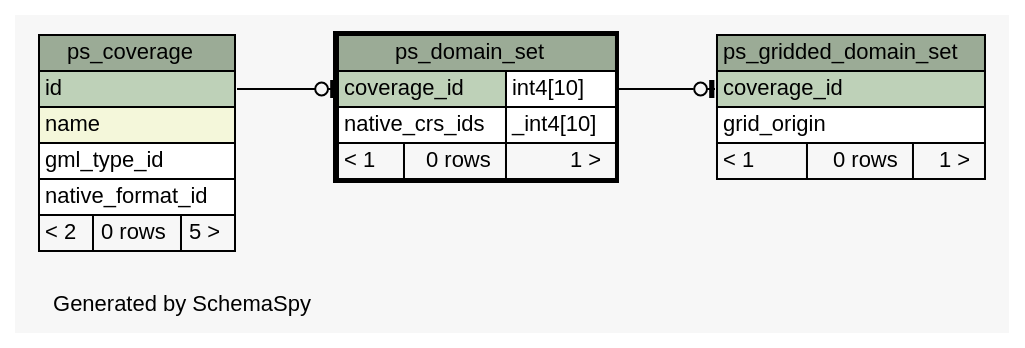
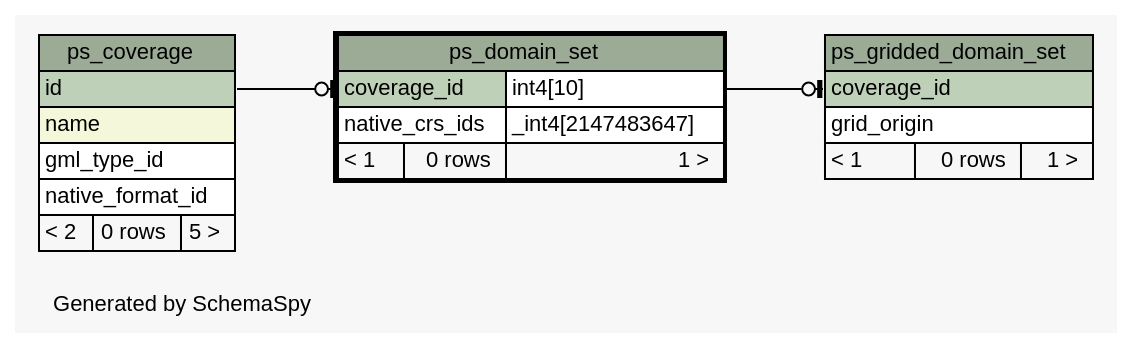
One commit to kalxas/rasdaman changed the diagram in manuals_and_examples/manuals/doc-petascope/dbschema/schema/diagrams/ps_domain_set.1degree.dot. Above: the diagram before and after it, drawn with Graphviz. The commit also changed 85 other files, not shown here.

Commit message:
ticket:573 - Update SchemaSpy graphical database schema of petascopedb to include new table for NILs.

```diff
--- a/manuals_and_examples/manuals/doc-petascope/dbschema/schema/diagrams/ps_domain_set.1degree.dot
+++ b/manuals_and_examples/manuals/doc-petascope/dbschema/schema/diagrams/ps_domain_set.1degree.dot
@@ -1,59 +1,59 @@
 // dot 2.26.3 on Linux 3.2.0-58-generic
 // SchemaSpy rev 590
 digraph "oneDegreeRelationshipsDiagram" {
   graph [
     rankdir="RL"
     bgcolor="#f7f7f7"
     label="\nGenerated by SchemaSpy"
     labeljust="l"
     nodesep="0.18"
     ranksep="0.46"
     fontname="Helvetica"
     fontsize="11"
   ];
   node [
     fontname="Helvetica"
     fontsize="11"
     shape="plaintext"
   ];
   edge [
     arrowsize="0.8"
   ];
   "ps_domain_set":"coverage_id":w -> "ps_coverage":"id":e [arrowhead=none dir=back arrowtail=teeodot];
   "ps_gridded_domain_set":"coverage_id":w -> "ps_domain_set":"coverage_id.type":e [arrowhead=none dir=back arrowtail=teeodot];
   "ps_coverage" [
     label=<
     <TABLE BORDER="0" CELLBORDER="1" CELLSPACING="0" BGCOLOR="#ffffff">
       <TR><TD COLSPAN="3" BGCOLOR="#9bab96" ALIGN="CENTER">ps_coverage</TD></TR>
       <TR><TD PORT="id" COLSPAN="3" BGCOLOR="#bed1b8" ALIGN="LEFT">id</TD></TR>
       <TR><TD PORT="name" COLSPAN="3" BGCOLOR="#f4f7da" ALIGN="LEFT">name</TD></TR>
       <TR><TD PORT="gml_type_id" COLSPAN="3" ALIGN="LEFT">gml_type_id</TD></TR>
       <TR><TD PORT="native_format_id" COLSPAN="3" ALIGN="LEFT">native_format_id</TD></TR>
       <TR><TD ALIGN="LEFT" BGCOLOR="#f7f7f7">&lt; 2</TD><TD ALIGN="RIGHT" BGCOLOR="#f7f7f7">0 rows</TD><TD ALIGN="RIGHT" BGCOLOR="#f7f7f7">5 &gt;</TD></TR>
     </TABLE>>
     URL="ps_coverage.html"
     tooltip="ps_coverage"
   ];
   "ps_domain_set" [
     label=<
     <TABLE BORDER="2" CELLBORDER="1" CELLSPACING="0" BGCOLOR="#ffffff">
       <TR><TD COLSPAN="3" BGCOLOR="#9bab96" ALIGN="CENTER">ps_domain_set</TD></TR>
       <TR><TD PORT="coverage_id" COLSPAN="2" BGCOLOR="#bed1b8" ALIGN="LEFT">coverage_id</TD><TD PORT="coverage_id.type" ALIGN="LEFT">int4[10]</TD></TR>
-      <TR><TD PORT="native_crs_ids" COLSPAN="2" ALIGN="LEFT">native_crs_ids</TD><TD PORT="native_crs_ids.type" ALIGN="LEFT">_int4[10]</TD></TR>
+      <TR><TD PORT="native_crs_ids" COLSPAN="2" ALIGN="LEFT">native_crs_ids</TD><TD PORT="native_crs_ids.type" ALIGN="LEFT">_int4[2147483647]</TD></TR>
       <TR><TD ALIGN="LEFT" BGCOLOR="#f7f7f7">&lt; 1</TD><TD ALIGN="RIGHT" BGCOLOR="#f7f7f7">0 rows</TD><TD ALIGN="RIGHT" BGCOLOR="#f7f7f7">1 &gt;</TD></TR>
     </TABLE>>
     URL="ps_domain_set.html"
     tooltip="ps_domain_set"
   ];
   "ps_gridded_domain_set" [
     label=<
     <TABLE BORDER="0" CELLBORDER="1" CELLSPACING="0" BGCOLOR="#ffffff">
       <TR><TD COLSPAN="3" BGCOLOR="#9bab96" ALIGN="CENTER">ps_gridded_domain_set</TD></TR>
       <TR><TD PORT="coverage_id" COLSPAN="3" BGCOLOR="#bed1b8" ALIGN="LEFT">coverage_id</TD></TR>
       <TR><TD PORT="grid_origin" COLSPAN="3" ALIGN="LEFT">grid_origin</TD></TR>
       <TR><TD ALIGN="LEFT" BGCOLOR="#f7f7f7">&lt; 1</TD><TD ALIGN="RIGHT" BGCOLOR="#f7f7f7">0 rows</TD><TD ALIGN="RIGHT" BGCOLOR="#f7f7f7">1 &gt;</TD></TR>
     </TABLE>>
     URL="ps_gridded_domain_set.html"
     tooltip="ps_gridded_domain_set"
   ];
 }
```
